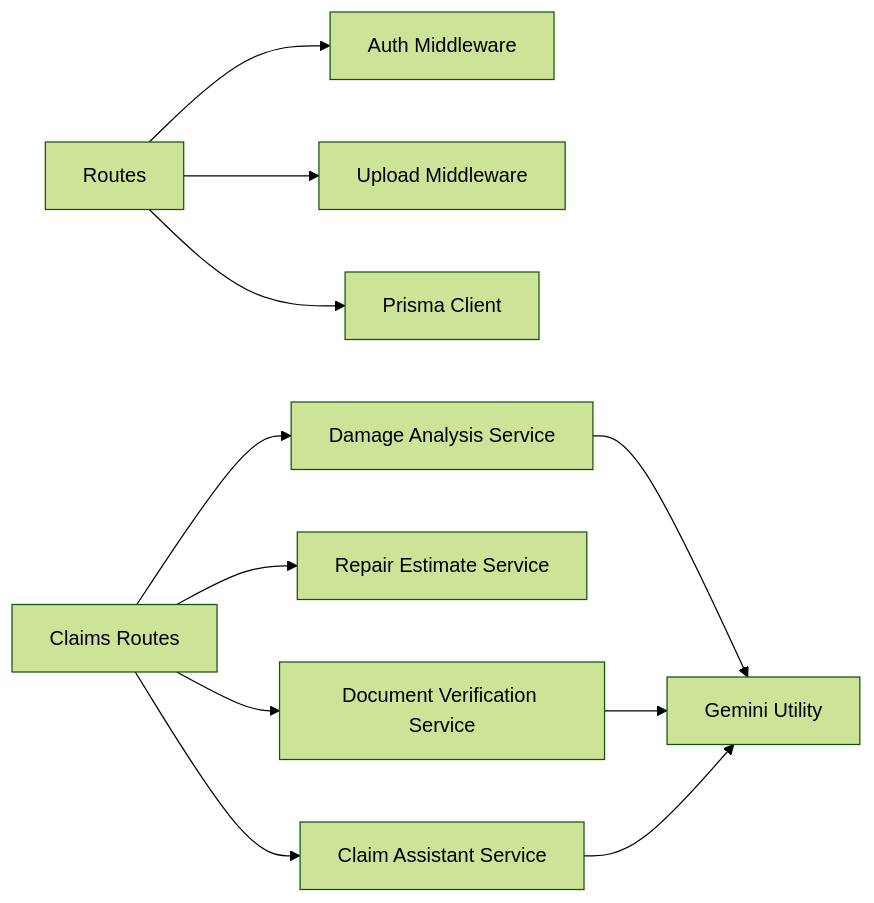
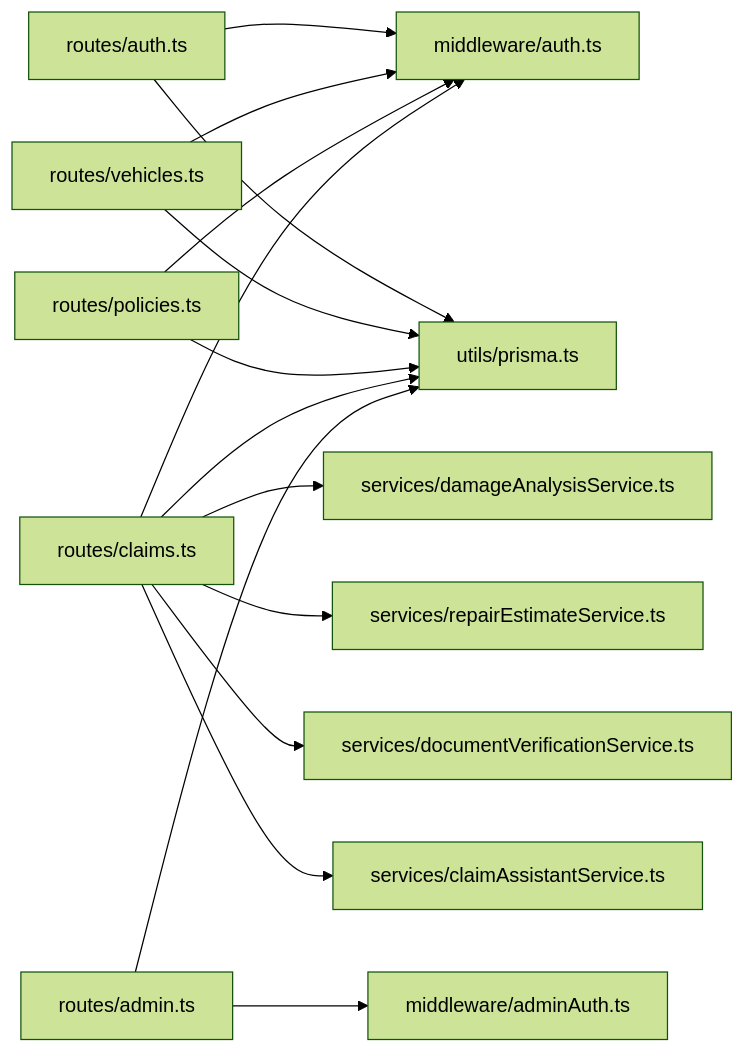
One commit to NaveenHiranya/Smart-Vehicle-Insurance-Claim-System changed the third of 3 diagrams in .qoder/repowiki/en/content/API Reference/API Reference.md. Above: the diagram before and after it, drawn with Mermaid (forest theme). The commit also changed other lines of this file and 183 other files, not shown here.

````diff
--- a/.qoder/repowiki/en/content/API Reference/API Reference.md
+++ b/.qoder/repowiki/en/content/API Reference/API Reference.md
@@ -382,13 +358,13 @@
 ```mermaid
 graph LR
-Routes["Routes"] --> AuthMW["Auth Middleware"]
-Routes --> UploadMW["Upload Middleware"]
-Routes --> Prisma["Prisma Client"]
-Claims["Claims Routes"] --> DamageSvc["Damage Analysis Service"]
-Claims --> EstimateSvc["Repair Estimate Service"]
-Claims --> DocVerifySvc["Document Verification Service"]
-Claims --> ChatSvc["Claim Assistant Service"]
-DamageSvc --> Gemini["Gemini Utility"]
-DocVerifySvc --> Gemini
-ChatSvc --> Gemini
+A["routes/auth.ts"] --> M1["middleware/auth.ts"]
+B["routes/vehicles.ts"] --> M1
+C["routes/policies.ts"] --> M1
+D["routes/claims.ts"] --> M1
+E["routes/admin.ts"] --> M2["middleware/adminAuth.ts"]
+D --> S1["services/damageAnalysisService.ts"]
+D --> S2["services/repairEstimateService.ts"]
+D --> S3["services/documentVerificationService.ts"]
+D --> S4["services/claimAssistantService.ts"]
+A & B & C & D & E --> P["utils/prisma.ts"]
 ```
````
